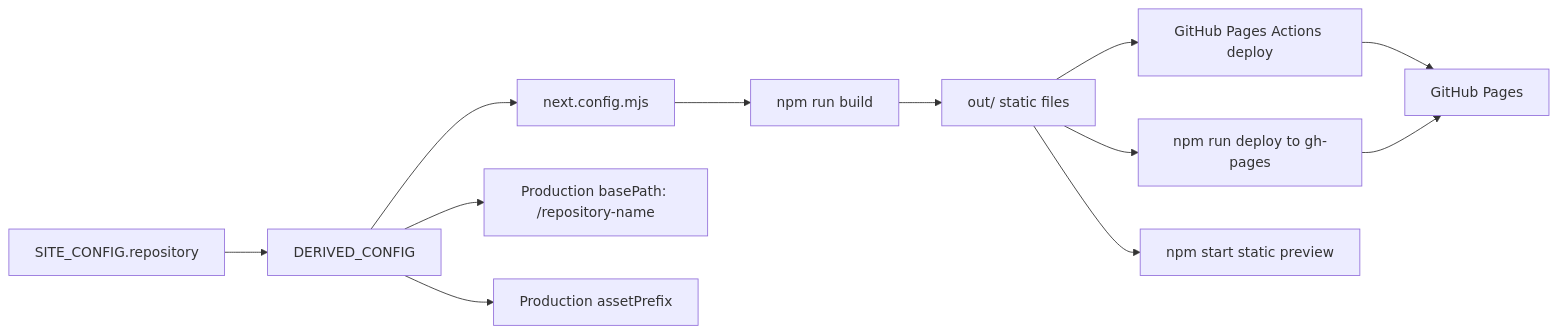
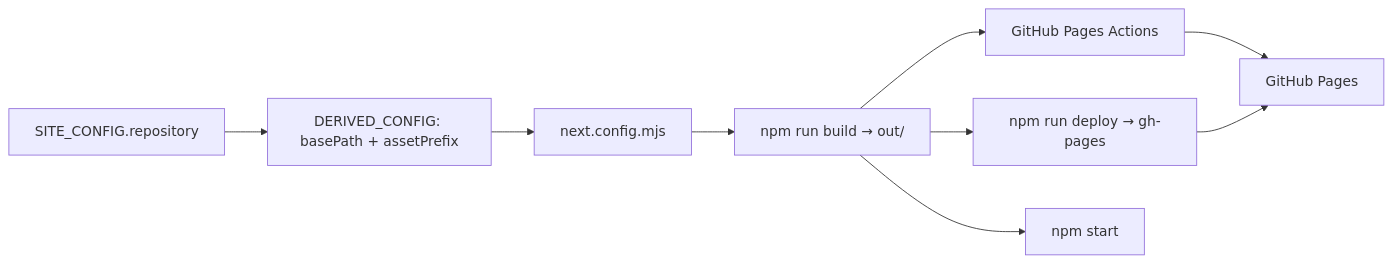
One commit to justinthelaw/justinthelaw changed the third of 4 diagrams in docs/DIAGRAMS.md. Above: the diagram before and after it, drawn with Mermaid. The commit also changed other lines of this file and 38 other files, not shown here.

````diff
--- a/docs/DIAGRAMS.md
+++ b/docs/DIAGRAMS.md
@@ -94,14 +73,11 @@
 ```mermaid
 flowchart LR
-  repoConfig["SITE_CONFIG.repository"] --> derived["DERIVED_CONFIG"]
-  derived --> nextConfig["next.config.mjs"]
-  nextConfig --> build["npm run build"]
-  build --> outDir["out/ static files"]
-  outDir --> actions["GitHub Pages Actions deploy"]
-  outDir --> manual["npm run deploy to gh-pages"]
-  outDir --> preview["npm start static preview"]
+  config["SITE_CONFIG.repository"] --> derived["DERIVED_CONFIG: basePath + assetPrefix"]
+  derived --> next["next.config.mjs"]
+  next --> build["npm run build → out/"]
+  build --> actions["GitHub Pages Actions"]
+  build --> manual["npm run deploy → gh-pages"]
+  build --> preview["npm start"]
   actions --> pages["GitHub Pages"]
   manual --> pages
-  derived --> basePath["Production basePath: /repository-name"]
-  derived --> assetPrefix["Production assetPrefix"]
 ```
````
